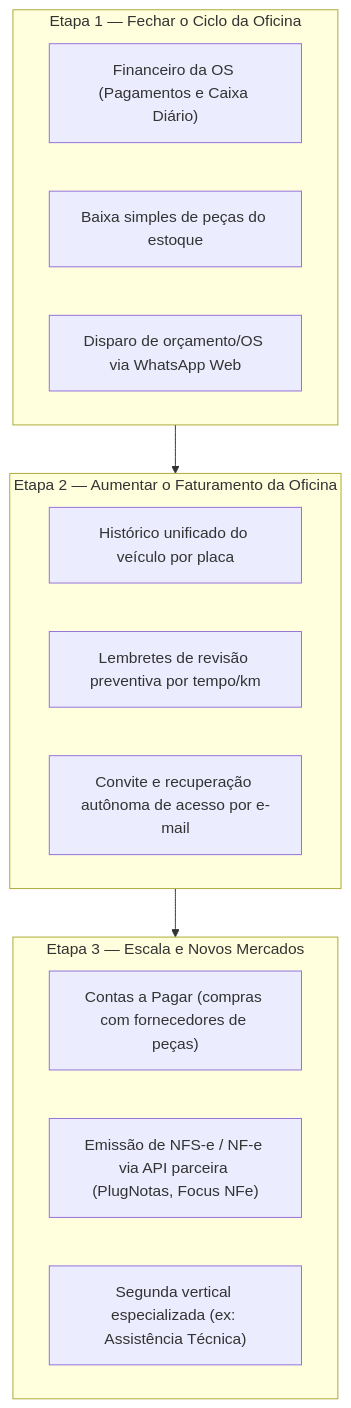
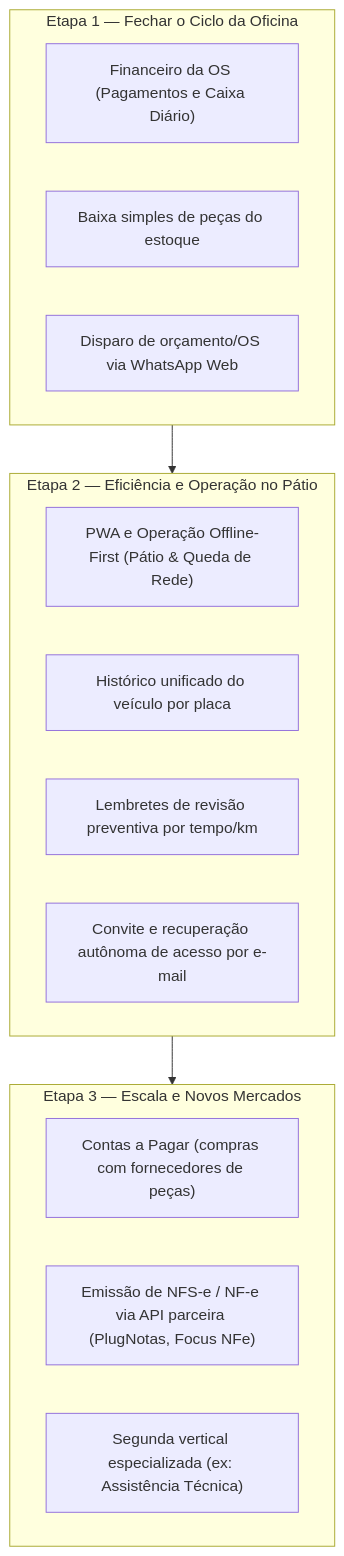
Before and after one commit to Pedroltz/ofizzy: the diagram in docs/PRODUCT-STRATEGY.md, drawn with Mermaid. The commit also changed other lines of this file and 5 other files, not shown here.

Commit message:
docs: document pwa and offline-first architecture in roadmap and strategy

````diff
--- a/docs/PRODUCT-STRATEGY.md
+++ b/docs/PRODUCT-STRATEGY.md
@@ -51,23 +54,24 @@
 ```mermaid
 flowchart TD
-    A["Etapa 1: MVP Completo e Vendável"] --> B["Etapa 2: Retenção e Fidelização"]
+    A["Etapa 1: MVP Completo e Vendável"] --> B["Etapa 2: Retenção e Eficiência Operacional"]
     B --> C["Etapa 3: Expansão Modular"]
     
     subgraph A ["Etapa 1 — Fechar o Ciclo da Oficina"]
         A1["Financeiro da OS (Pagamentos e Caixa Diário)"]
         A2["Baixa simples de peças do estoque"]
         A3["Disparo de orçamento/OS via WhatsApp Web"]
     end
     
-    subgraph B ["Etapa 2 — Aumentar o Faturamento da Oficina"]
-        B1["Histórico unificado do veículo por placa"]
-        B2["Lembretes de revisão preventiva por tempo/km"]
-        B3["Convite e recuperação autônoma de acesso por e-mail"]
+    subgraph B ["Etapa 2 — Eficiência e Operação no Pátio"]
+        B1["PWA e Operação Offline-First (Pátio & Queda de Rede)"]
+        B2["Histórico unificado do veículo por placa"]
+        B3["Lembretes de revisão preventiva por tempo/km"]
+        B4["Convite e recuperação autônoma de acesso por e-mail"]
     end
     
     subgraph C ["Etapa 3 — Escala e Novos Mercados"]
         C1["Contas a Pagar (compras com fornecedores de peças)"]
         C2["Emissão de NFS-e / NF-e via API parceira (PlugNotas, Focus NFe)"]
         C3["Segunda vertical especializada (ex: Assistência Técnica)"]
     end
 ```
````
